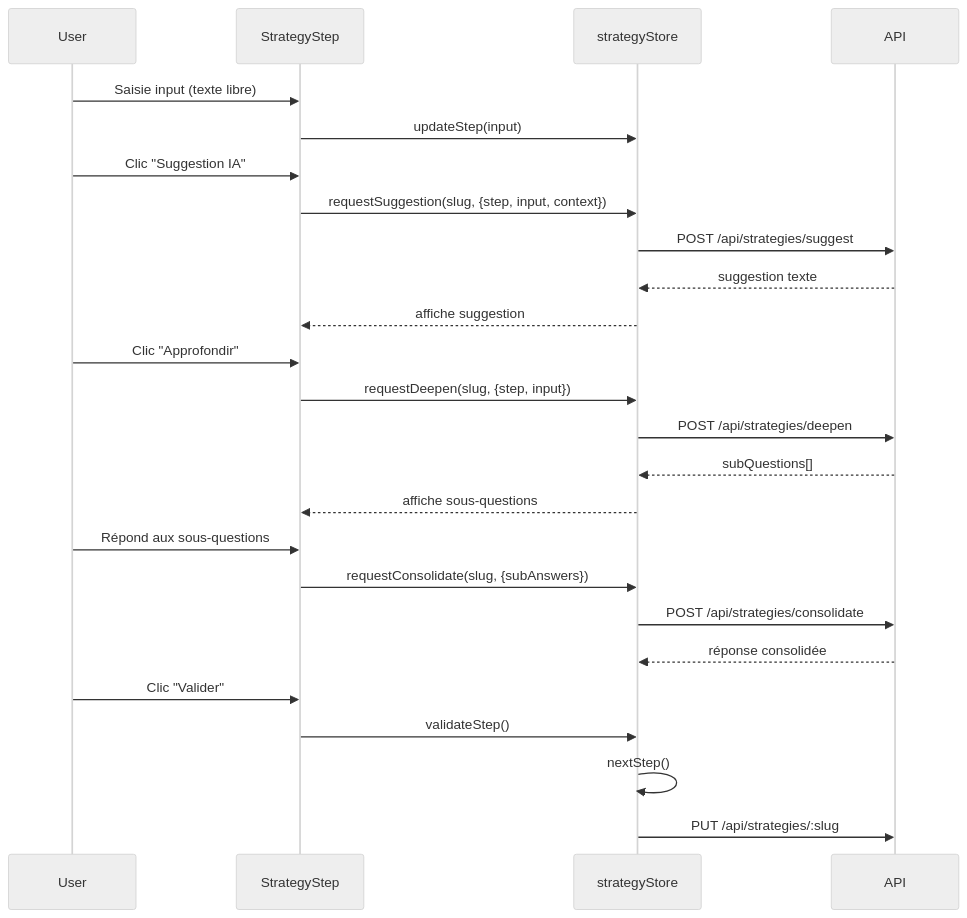
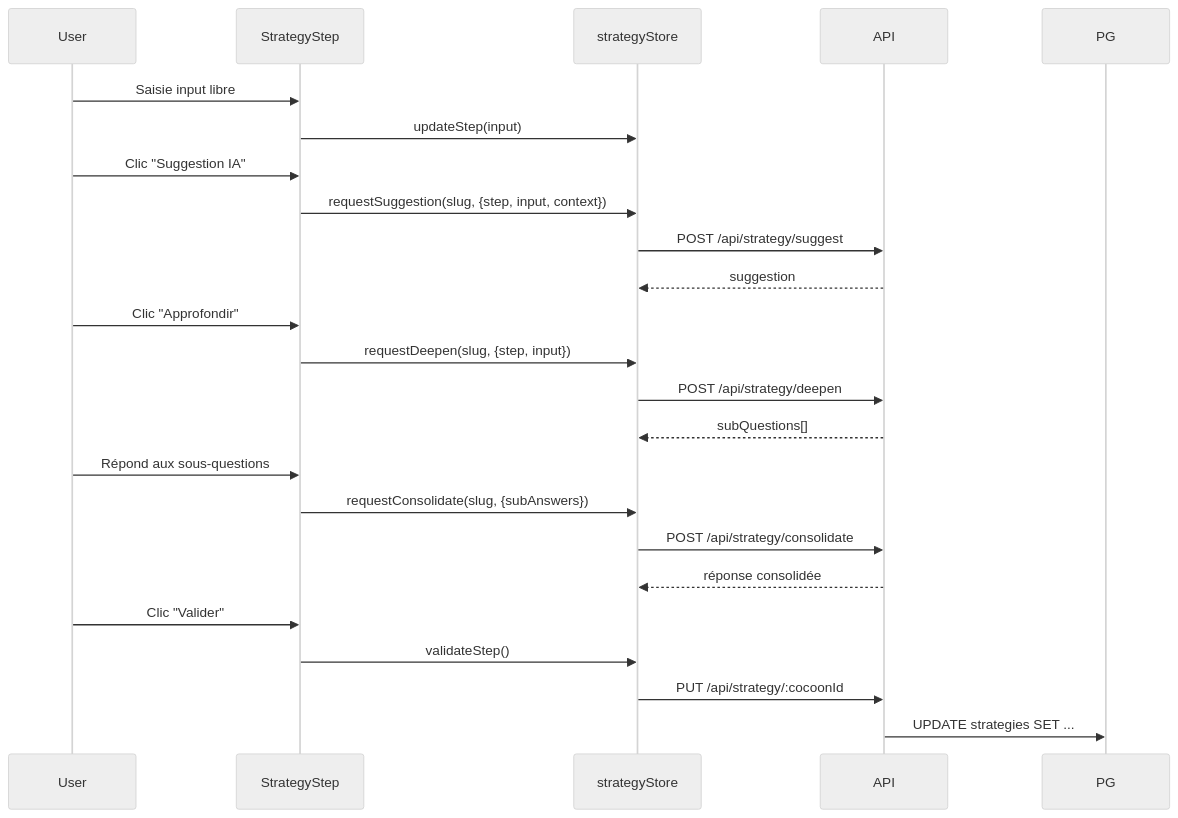
One commit to annubis-knight/Blog_Redactor_SEO changed the seventh of 24 diagrams in ARCHITECTURE_FLOWS.md. Above: the diagram before and after it, drawn with Mermaid (neutral theme). The commit also changed other lines of this file and 400 other files, not shown here.

````diff
--- a/ARCHITECTURE_FLOWS.md
+++ b/ARCHITECTURE_FLOWS.md
@@ -429,32 +457,31 @@
 ```mermaid
 sequenceDiagram
     participant User
     participant StrategyStep
     participant strategyStore
     participant API
+    participant PG
 
-    User->>StrategyStep: Saisie input (texte libre)
+    User->>StrategyStep: Saisie input libre
     StrategyStep->>strategyStore: updateStep(input)
 
     User->>StrategyStep: Clic "Suggestion IA"
     StrategyStep->>strategyStore: requestSuggestion(slug, {step, input, context})
-    strategyStore->>API: POST /api/strategies/suggest
-    API-->>strategyStore: suggestion texte
-    strategyStore-->>StrategyStep: affiche suggestion
+    strategyStore->>API: POST /api/strategy/suggest
+    API-->>strategyStore: suggestion
 
     User->>StrategyStep: Clic "Approfondir"
     StrategyStep->>strategyStore: requestDeepen(slug, {step, input})
-    strategyStore->>API: POST /api/strategies/deepen
+    strategyStore->>API: POST /api/strategy/deepen
     API-->>strategyStore: subQuestions[]
-    strategyStore-->>StrategyStep: affiche sous-questions
 
     User->>StrategyStep: Répond aux sous-questions
     StrategyStep->>strategyStore: requestConsolidate(slug, {subAnswers})
-    strategyStore->>API: POST /api/strategies/consolidate
+    strategyStore->>API: POST /api/strategy/consolidate
     API-->>strategyStore: réponse consolidée
 
     User->>StrategyStep: Clic "Valider"
     StrategyStep->>strategyStore: validateStep()
-    strategyStore->>strategyStore: nextStep()
-    strategyStore->>API: PUT /api/strategies/:slug
+    strategyStore->>API: PUT /api/strategy/:cocoonId
+    API->>PG: UPDATE strategies SET ...
 ```
````
